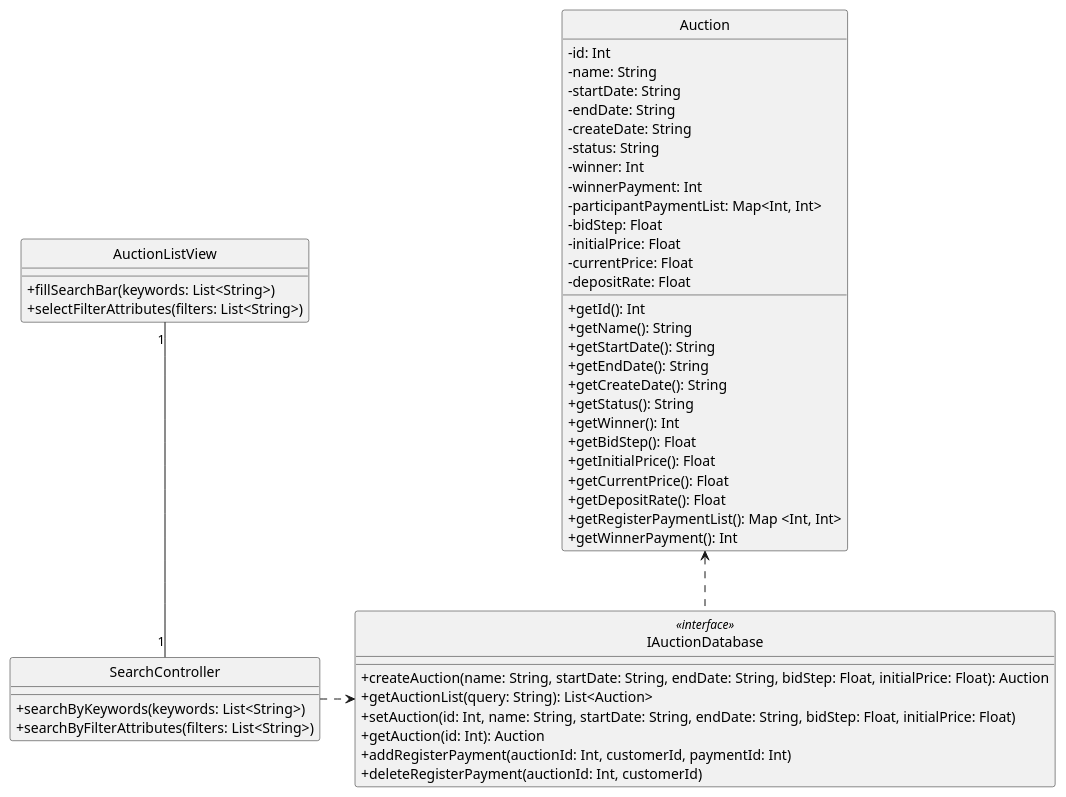
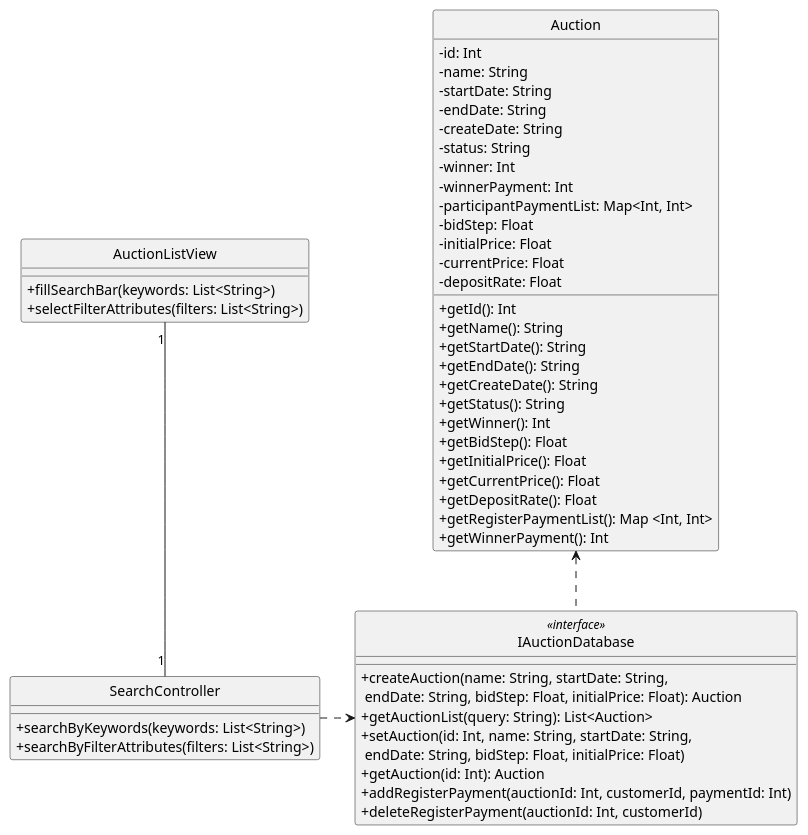
Before and after one commit to anhbanlinhle/velocity-exchange: the diagram in uml/design/class/linh/search_for_auction.pu, drawn with PlantUML. The commit also changed 5 other files, not shown here.

```diff
--- a/uml/design/class/linh/search_for_auction.pu
+++ b/uml/design/class/linh/search_for_auction.pu
@@ -1,64 +1,64 @@
 @startuml 
 skinparam classAttributeIconSize 0
 skinparam linetype ortho
 hide circle
 class AuctionListView {
 
     + fillSearchBar(keywords: List<String>)
     + selectFilterAttributes(filters: List<String>)
 
     }
 
 class SearchController {
     
     + searchByKeywords(keywords: List<String>)
     + searchByFilterAttributes(filters: List<String>)
 
     }
 
 class Auction {
     - id: Int
     - name: String
     - startDate: String
     - endDate: String
     - createDate: String
     - status: String
     - winner: Int
     - winnerPayment: Int
     - participantPaymentList: Map<Int, Int>
     - bidStep: Float
     - initialPrice: Float
     - currentPrice: Float
     - depositRate: Float
 
     + getId(): Int
     + getName(): String
     + getStartDate(): String
     + getEndDate(): String
     + getCreateDate(): String
     + getStatus(): String
     + getWinner(): Int
     + getBidStep(): Float
     + getInitialPrice(): Float
     + getCurrentPrice(): Float
     + getDepositRate(): Float
     + getRegisterPaymentList(): Map <Int, Int>
     + getWinnerPayment(): Int
     }
 
 class IAuctionDatabase <<interface>> {
-    + createAuction(name: String, startDate: String, endDate: String, bidStep: Float, initialPrice: Float): Auction
+    + createAuction(name: String, startDate: String,\n endDate: String, bidStep: Float, initialPrice: Float): Auction
     + getAuctionList(query: String): List<Auction>
-    + setAuction(id: Int, name: String, startDate: String, endDate: String, bidStep: Float, initialPrice: Float)
+    + setAuction(id: Int, name: String, startDate: String,\n endDate: String, bidStep: Float, initialPrice: Float)
     + getAuction(id: Int): Auction
     + addRegisterPayment(auctionId: Int, customerId, paymentId: Int)
     + deleteRegisterPayment(auctionId: Int, customerId)
 }
 
 AuctionListView "1" -- "1" SearchController
 
 SearchController ..r> IAuctionDatabase
 
 IAuctionDatabase ..u> Auction
 
 @enduml
```
